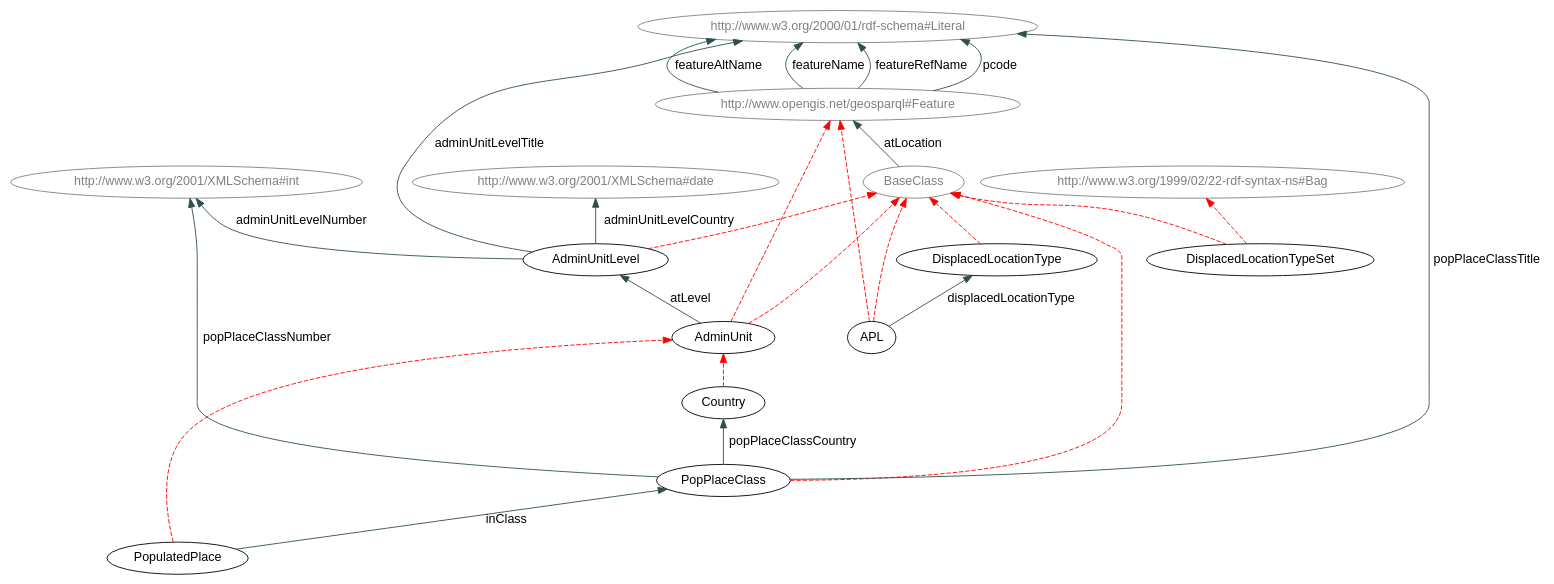
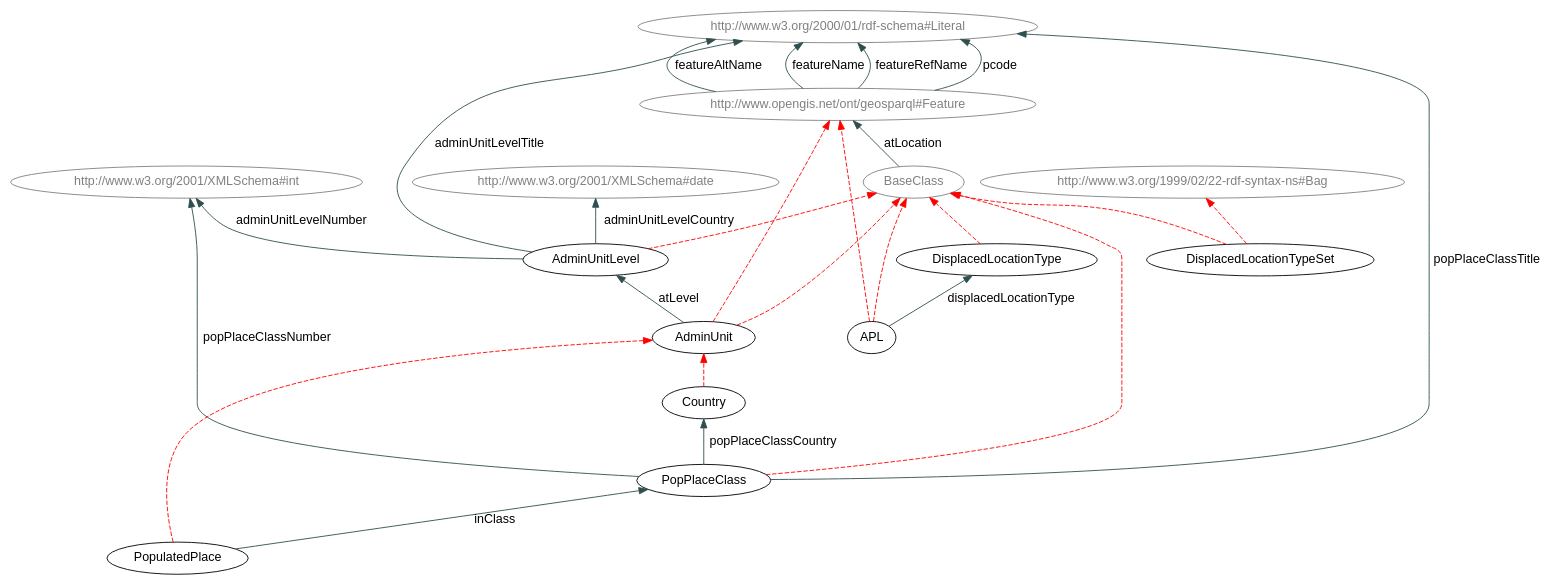
The diagram in Tools/geolocationSection.dot (hxl-team/HXL-Vocab), drawn with Graphviz before and after one commit. The commit also changed 33 other files, not shown here.

```diff
--- a/Tools/geolocationSection.dot
+++ b/Tools/geolocationSection.dot
@@ -1,66 +1,66 @@
 digraph { 
  rankdir="BT";	
  charset="utf-8";
  overlap=false;
  edge [color=darkslategray];
  edge [fontname=Helvetica];
  node [fontname=Helvetica];
 
 "APL" [ URL = "./#APL"] ;
-		"http://www.opengis.net/geosparql#Feature" [ URL = "./#APL" color="gray" fontcolor="gray"] ;
-				"APL" -> "http://www.opengis.net/geosparql#Feature" [ color=red style="dashed" ]; 
+		"http://www.opengis.net/ont/geosparql#Feature" [ URL = "./#APL" color="gray" fontcolor="gray"] ;
+				"APL" -> "http://www.opengis.net/ont/geosparql#Feature" [ color=red style="dashed" ]; 
 			"BaseClass" [ URL = "./#APL" color="gray" fontcolor="gray"] ;
 				"APL" -> "BaseClass" [ color=red style="dashed" ]; 
 			"AdminUnit" [ URL = "./#AdminUnit"] ;
-		"http://www.opengis.net/geosparql#Feature" [ URL = "./#AdminUnit" color="gray" fontcolor="gray"] ;
-				"AdminUnit" -> "http://www.opengis.net/geosparql#Feature" [ color=red style="dashed" ]; 
+		"http://www.opengis.net/ont/geosparql#Feature" [ URL = "./#AdminUnit" color="gray" fontcolor="gray"] ;
+				"AdminUnit" -> "http://www.opengis.net/ont/geosparql#Feature" [ color=red style="dashed" ]; 
 			"BaseClass" [ URL = "./#AdminUnit" color="gray" fontcolor="gray"] ;
 				"AdminUnit" -> "BaseClass" [ color=red style="dashed" ]; 
 			"AdminUnitLevel" [ URL = "./#AdminUnitLevel"] ;
 		"BaseClass" [ URL = "./#AdminUnitLevel" color="gray" fontcolor="gray"] ;
 				"AdminUnitLevel" -> "BaseClass" [ color=red style="dashed" ]; 
 			"Country" [ URL = "./#Country"] ;
 		"Country" -> "AdminUnit" [ color=red style="dashed" ]; 
 			"DisplacedLocationType" [ URL = "./#DisplacedLocationType"] ;
 		"BaseClass" [ URL = "./#DisplacedLocationType" color="gray" fontcolor="gray"] ;
 				"DisplacedLocationType" -> "BaseClass" [ color=red style="dashed" ]; 
 			"DisplacedLocationTypeSet" [ URL = "./#DisplacedLocationTypeSet"] ;
 		"BaseClass" [ URL = "./#DisplacedLocationTypeSet" color="gray" fontcolor="gray"] ;
 				"DisplacedLocationTypeSet" -> "BaseClass" [ color=red style="dashed" ]; 
 			"http://www.w3.org/1999/02/22-rdf-syntax-ns#Bag" [ URL = "./#DisplacedLocationTypeSet" color="gray" fontcolor="gray"] ;
 				"DisplacedLocationTypeSet" -> "http://www.w3.org/1999/02/22-rdf-syntax-ns#Bag" [ color=red style="dashed" ]; 
 			"PopPlaceClass" [ URL = "./#PopPlaceClass"] ;
 		"BaseClass" [ URL = "./#PopPlaceClass" color="gray" fontcolor="gray"] ;
 				"PopPlaceClass" -> "BaseClass" [ color=red style="dashed" ]; 
 			"PopulatedPlace" [ URL = "./#PopulatedPlace"] ;
 		"PopulatedPlace" -> "AdminUnit" [ color=red style="dashed" ]; 
 			"http://www.w3.org/2001/XMLSchema#date" [ URL = "./#http://www.w3.org/2001/XMLSchema#date" color="gray" fontcolor="gray"] ;
 					"AdminUnitLevel" -> "http://www.w3.org/2001/XMLSchema#date" [ label="adminUnitLevelCountry" URL = "./#adminUnitLevelCountry"]; 
 				"http://www.w3.org/2001/XMLSchema#int" [ URL = "./#http://www.w3.org/2001/XMLSchema#int" color="gray" fontcolor="gray"] ;
 					"AdminUnitLevel" -> "http://www.w3.org/2001/XMLSchema#int" [ label="adminUnitLevelNumber" URL = "./#adminUnitLevelNumber"]; 
 				"http://www.w3.org/2000/01/rdf-schema#Literal" [ URL = "./#http://www.w3.org/2000/01/rdf-schema#Literal" color="gray" fontcolor="gray"] ;
 					"AdminUnitLevel" -> "http://www.w3.org/2000/01/rdf-schema#Literal" [ label="adminUnitLevelTitle" URL = "./#adminUnitLevelTitle"]; 
 				"AdminUnit" -> "AdminUnitLevel" [ label="atLevel" URL = "./#atLevel"]; 
 				"BaseClass" [ URL = "./#BaseClass" color="gray" fontcolor="gray"] ;
-				"http://www.opengis.net/geosparql#Feature" [ URL = "./#http://www.opengis.net/geosparql#Feature" color="gray" fontcolor="gray"] ;
-					"BaseClass" -> "http://www.opengis.net/geosparql#Feature" [ label="atLocation" URL = "./#atLocation"]; 
+				"http://www.opengis.net/ont/geosparql#Feature" [ URL = "./#http://www.opengis.net/ont/geosparql#Feature" color="gray" fontcolor="gray"] ;
+					"BaseClass" -> "http://www.opengis.net/ont/geosparql#Feature" [ label="atLocation" URL = "./#atLocation"]; 
 				"APL" -> "DisplacedLocationType" [ label="displacedLocationType" URL = "./#displacedLocationType"]; 
-				"http://www.opengis.net/geosparql#Feature" [ URL = "./#http://www.opengis.net/geosparql#Feature" color="gray" fontcolor="gray"] ;
+				"http://www.opengis.net/ont/geosparql#Feature" [ URL = "./#http://www.opengis.net/ont/geosparql#Feature" color="gray" fontcolor="gray"] ;
 				"http://www.w3.org/2000/01/rdf-schema#Literal" [ URL = "./#http://www.w3.org/2000/01/rdf-schema#Literal" color="gray" fontcolor="gray"] ;
-					"http://www.opengis.net/geosparql#Feature" -> "http://www.w3.org/2000/01/rdf-schema#Literal" [ label="featureAltName" URL = "./#featureAltName"]; 
-				"http://www.opengis.net/geosparql#Feature" [ URL = "./#http://www.opengis.net/geosparql#Feature" color="gray" fontcolor="gray"] ;
+					"http://www.opengis.net/ont/geosparql#Feature" -> "http://www.w3.org/2000/01/rdf-schema#Literal" [ label="featureAltName" URL = "./#featureAltName"]; 
+				"http://www.opengis.net/ont/geosparql#Feature" [ URL = "./#http://www.opengis.net/ont/geosparql#Feature" color="gray" fontcolor="gray"] ;
 				"http://www.w3.org/2000/01/rdf-schema#Literal" [ URL = "./#http://www.w3.org/2000/01/rdf-schema#Literal" color="gray" fontcolor="gray"] ;
-					"http://www.opengis.net/geosparql#Feature" -> "http://www.w3.org/2000/01/rdf-schema#Literal" [ label="featureName" URL = "./#featureName"]; 
-				"http://www.opengis.net/geosparql#Feature" [ URL = "./#http://www.opengis.net/geosparql#Feature" color="gray" fontcolor="gray"] ;
+					"http://www.opengis.net/ont/geosparql#Feature" -> "http://www.w3.org/2000/01/rdf-schema#Literal" [ label="featureName" URL = "./#featureName"]; 
+				"http://www.opengis.net/ont/geosparql#Feature" [ URL = "./#http://www.opengis.net/ont/geosparql#Feature" color="gray" fontcolor="gray"] ;
 				"http://www.w3.org/2000/01/rdf-schema#Literal" [ URL = "./#http://www.w3.org/2000/01/rdf-schema#Literal" color="gray" fontcolor="gray"] ;
-					"http://www.opengis.net/geosparql#Feature" -> "http://www.w3.org/2000/01/rdf-schema#Literal" [ label="featureRefName" URL = "./#featureRefName"]; 
+					"http://www.opengis.net/ont/geosparql#Feature" -> "http://www.w3.org/2000/01/rdf-schema#Literal" [ label="featureRefName" URL = "./#featureRefName"]; 
 				"PopulatedPlace" -> "PopPlaceClass" [ label="inClass" URL = "./#inClass"]; 
-				"http://www.opengis.net/geosparql#Feature" [ URL = "./#http://www.opengis.net/geosparql#Feature" color="gray" fontcolor="gray"] ;
+				"http://www.opengis.net/ont/geosparql#Feature" [ URL = "./#http://www.opengis.net/ont/geosparql#Feature" color="gray" fontcolor="gray"] ;
 				"http://www.w3.org/2000/01/rdf-schema#Literal" [ URL = "./#http://www.w3.org/2000/01/rdf-schema#Literal" color="gray" fontcolor="gray"] ;
-					"http://www.opengis.net/geosparql#Feature" -> "http://www.w3.org/2000/01/rdf-schema#Literal" [ label="pcode" URL = "./#pcode"]; 
+					"http://www.opengis.net/ont/geosparql#Feature" -> "http://www.w3.org/2000/01/rdf-schema#Literal" [ label="pcode" URL = "./#pcode"]; 
 				"PopPlaceClass" -> "Country" [ label="popPlaceClassCountry" URL = "./#popPlaceClassCountry"]; 
 				"http://www.w3.org/2001/XMLSchema#int" [ URL = "./#http://www.w3.org/2001/XMLSchema#int" color="gray" fontcolor="gray"] ;
 					"PopPlaceClass" -> "http://www.w3.org/2001/XMLSchema#int" [ label="popPlaceClassNumber" URL = "./#popPlaceClassNumber"]; 
 				"http://www.w3.org/2000/01/rdf-schema#Literal" [ URL = "./#http://www.w3.org/2000/01/rdf-schema#Literal" color="gray" fontcolor="gray"] ;
 					"PopPlaceClass" -> "http://www.w3.org/2000/01/rdf-schema#Literal" [ label="popPlaceClassTitle" URL = "./#popPlaceClassTitle"]; 
 				}
```
